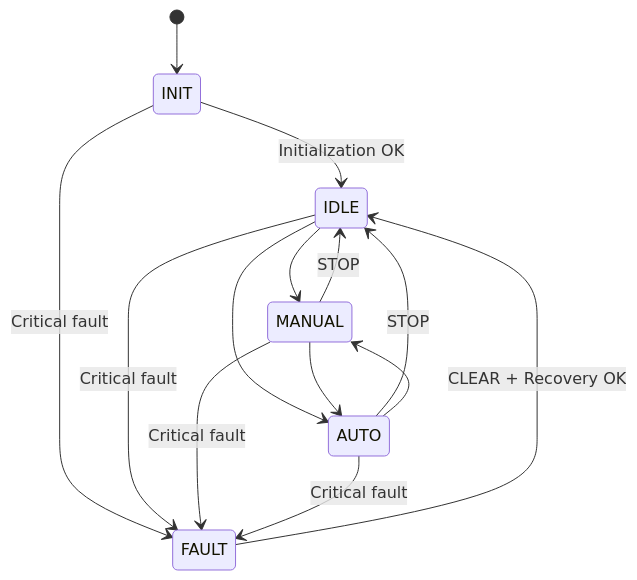
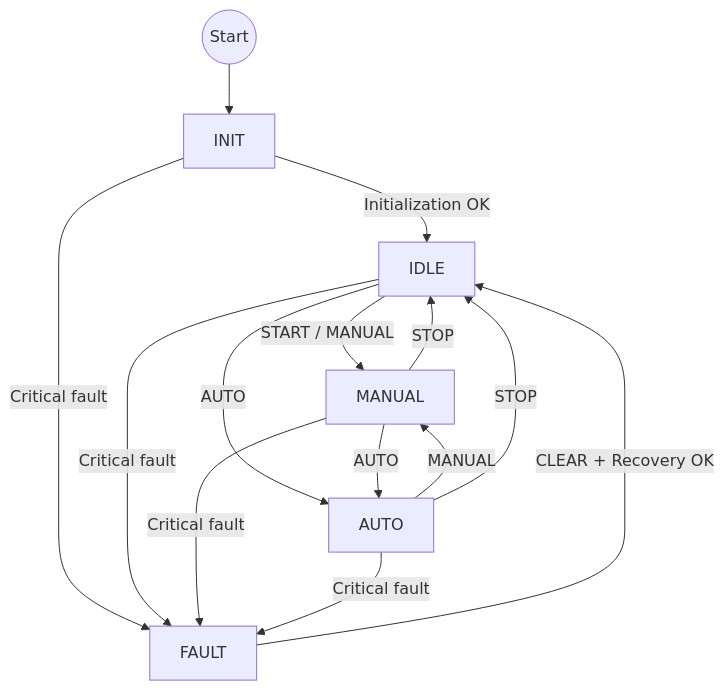
One commit to John0729/STM32F407-Smart-Controller changed the second of 7 diagrams in README.md. Above: the diagram before and after it, drawn with Mermaid. The commit also changed other lines of this file and 2 other files, not shown here.

````diff
--- a/README.md
+++ b/README.md
@@ -88,22 +89,29 @@
 ```mermaid
-stateDiagram-v2
-    [*] --> INIT
+flowchart TB
 
-    INIT --> IDLE: Initialization OK
-    INIT --> FAULT: Critical fault
+    START((Start))
+    INIT[INIT]
+    IDLE[IDLE]
+    MANUAL[MANUAL]
+    AUTO[AUTO]
+    FAULT[FAULT]
 
-    IDLE --> MANUAL
-    IDLE --> AUTO
+    START --> INIT
+    INIT -->|Initialization OK| IDLE
+    INIT -->|Critical fault| FAULT
 
-    MANUAL --> IDLE: STOP
-    AUTO --> IDLE: STOP
+    IDLE -->|START / MANUAL| MANUAL
+    IDLE -->|AUTO| AUTO
 
-    MANUAL --> AUTO
-    AUTO --> MANUAL
+    MANUAL -->|AUTO| AUTO
+    AUTO -->|MANUAL| MANUAL
 
-    IDLE --> FAULT: Critical fault
-    MANUAL --> FAULT: Critical fault
-    AUTO --> FAULT: Critical fault
+    MANUAL -->|STOP| IDLE
+    AUTO -->|STOP| IDLE
 
-    FAULT --> IDLE: CLEAR + Recovery OK
+    IDLE -->|Critical fault| FAULT
+    MANUAL -->|Critical fault| FAULT
+    AUTO -->|Critical fault| FAULT
+
+    FAULT -->|CLEAR + Recovery OK| IDLE
 ```
````
